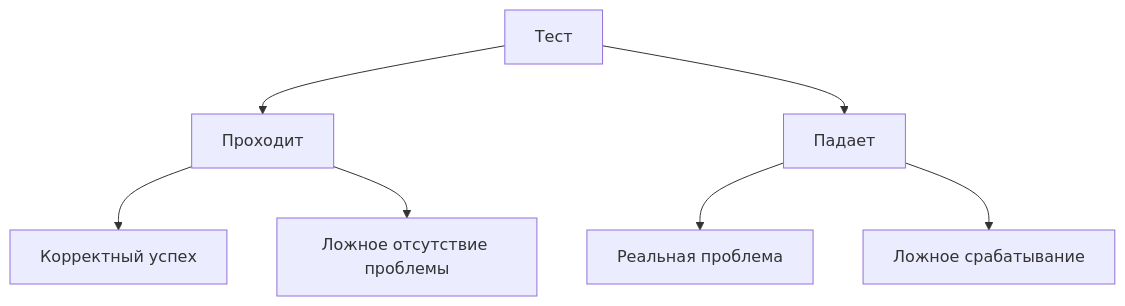
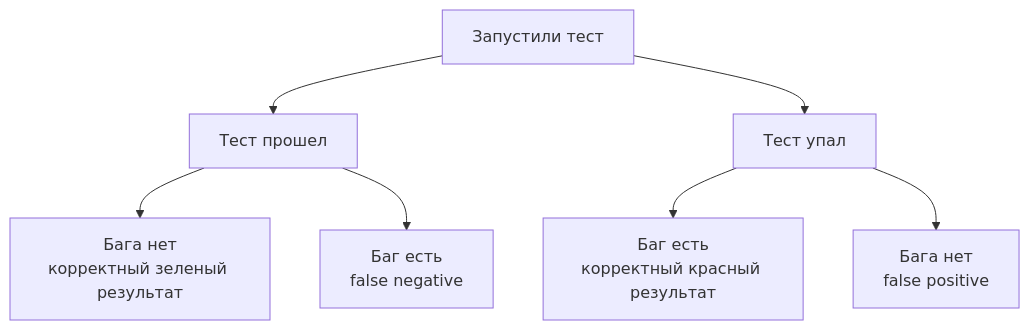
One commit to Kert0n/KPO changed the fourth of 8 diagrams in lectures/Lec3/vitepress.md. Above: the diagram before and after it, drawn with Mermaid. The commit also changed other lines of this file and 3 other files, not shown here.

````diff
--- a/lectures/Lec3/vitepress.md
+++ b/lectures/Lec3/vitepress.md
@@ -105,9 +1056,9 @@
 ```mermaid
 flowchart TD
-    Test[Тест] --> Pass[Проходит]
-    Test --> Fail[Падает]
-    Pass --> TruePositive[Корректный успех]
-    Pass --> FalseNegative[Ложное отсутствие проблемы]
-    Fail --> TrueNegative[Реальная проблема]
-    Fail --> FalsePositive[Ложное срабатывание]
+    Run[Запустили тест] --> Pass[Тест прошел]
+    Run --> Fail[Тест упал]
+    Pass --> PassNoBug["Бага нет<br/>корректный зеленый результат"]
+    Pass --> PassBug["Баг есть<br/>false negative"]
+    Fail --> FailBug["Баг есть<br/>корректный красный результат"]
+    Fail --> FailNoBug["Бага нет<br/>false positive"]
 ```
````
